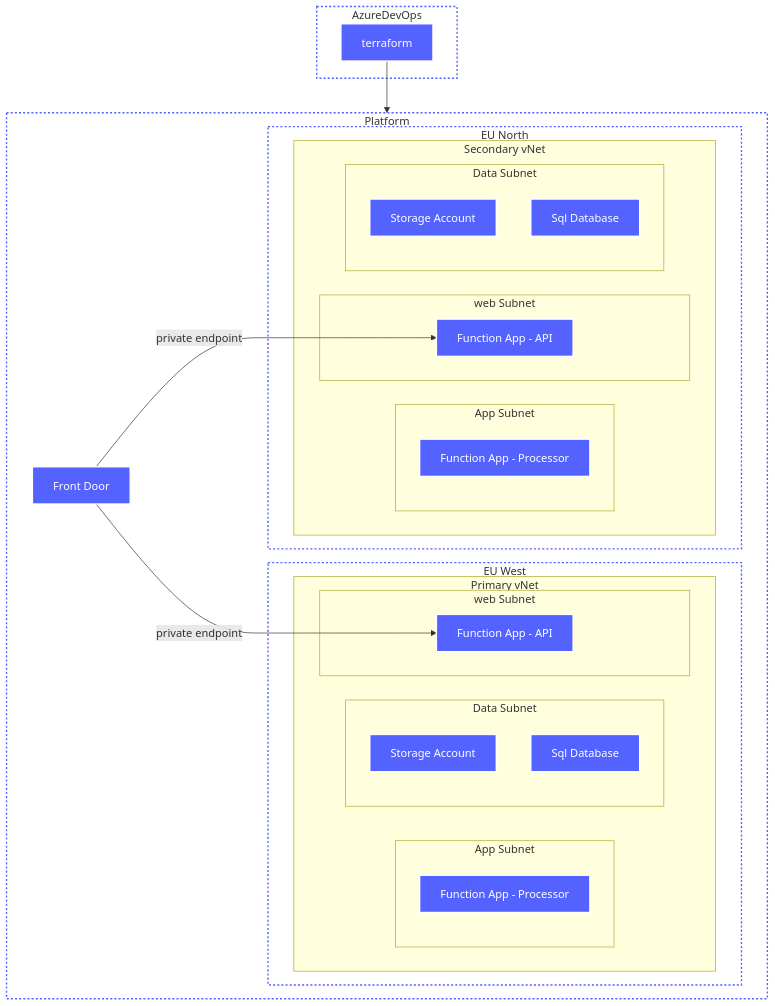
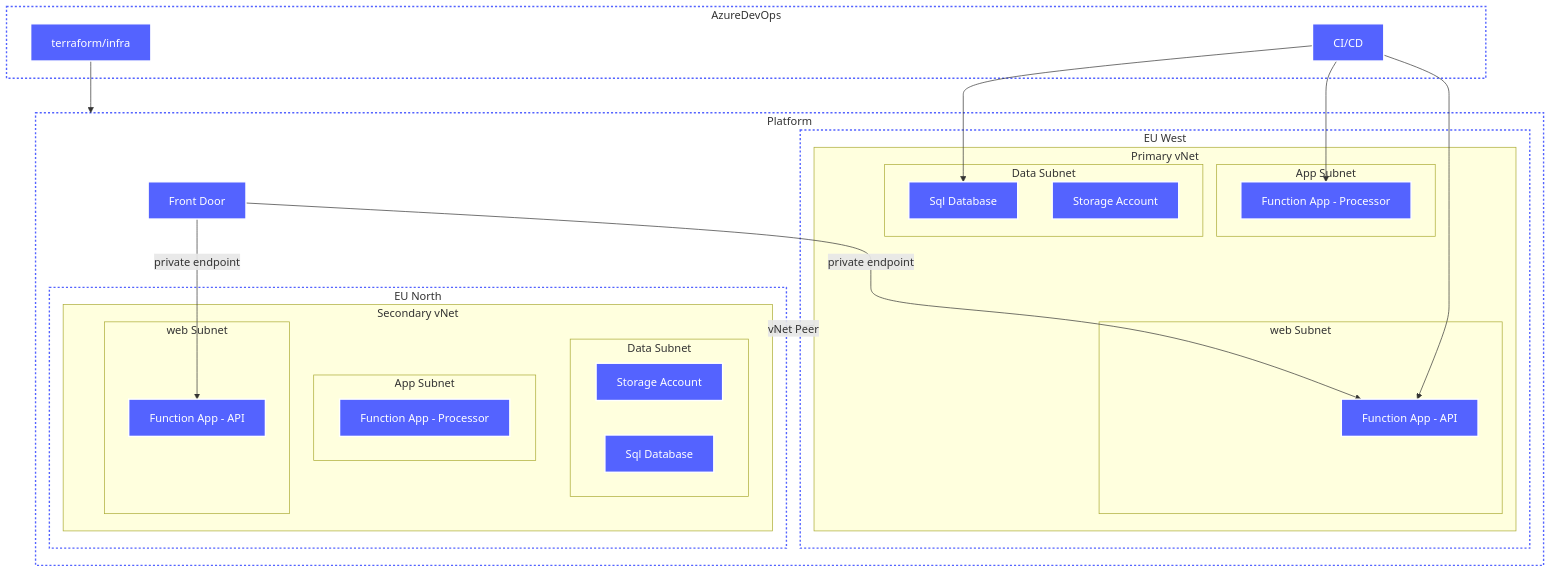
One commit to dermotreynolds/data.io.docs changed the second of 2 diagrams in other/Example.md. Above: the diagram before and after it, drawn with Mermaid. The commit also changed other lines of this file, not shown here.

````diff
--- a/other/Example.md
+++ b/other/Example.md
@@ -105,56 +105,63 @@
 ```mermaid
 flowchart TD
     subgraph Group0[AzureDevOps]
-        d101[terraform]:::DeviceClass
+        d101[terraform/infra]:::DeviceClass
+        d102[CI/CD]:::DeviceClass
     end
 
     d101 --> Group1
+    d102 --> d201
+    d102 --> d202
+    d102 --> d204
+
     subgraph Group1[Platform]
+
         d200[Front Door]:::DeviceClass
 
         d200 --> |private endpoint|d201
         d200 --> |private endpoint|d301
 
         subgraph Group2[EU West]
             subgraph Group10[Primary vNet]
                 subgraph Group11[web Subnet]
                     d201[Function App - API]:::DeviceClass
                 end 
 
                 subgraph Group12[App Subnet]
                     d202[Function App - Processor]:::DeviceClass
                 end
 
                 subgraph Group13[Data Subnet]
                     d203[Storage Account]:::DeviceClass
                     d204[Sql Database]:::DeviceClass
                 end
             end
         end
 
+        Group10 --> |vNet Peer|Group20
 
         subgraph Group3[EU North]
             subgraph Group20[Secondary vNet]
                 subgraph Group21[web Subnet]
                     d301[Function App - API]:::DeviceClass
                 end
                 subgraph Group22[App Subnet]
                     d302[Function App - Processor]:::DeviceClass
                 end            
                 subgraph Group23[Data Subnet]
                     d303[Storage Account]:::DeviceClass
                     d304[Sql Database]:::DeviceClass
                 end            
             end
         end
 
     end
 
     class Group0,Group1,Group2,Group3 GroupClass
 
     classDef DeviceClass fill:#5463FF,stroke:white, stroke-width:2px , font-size: 100%, color: white
     classDef GroupClass fill:#FFFFFF,stroke:#5463FF,stroke-width:2px, stroke-dasharray: 3
     classDef GoodCalloutClass fill:#90EE90	,stroke:#333,stroke-width:1px , stroke-dasharray: 2
     classDef BadCalloutClass fill:#FF5733	,stroke:#333,stroke-width:1px , stroke-dasharray: 2   
 
 ```
````
